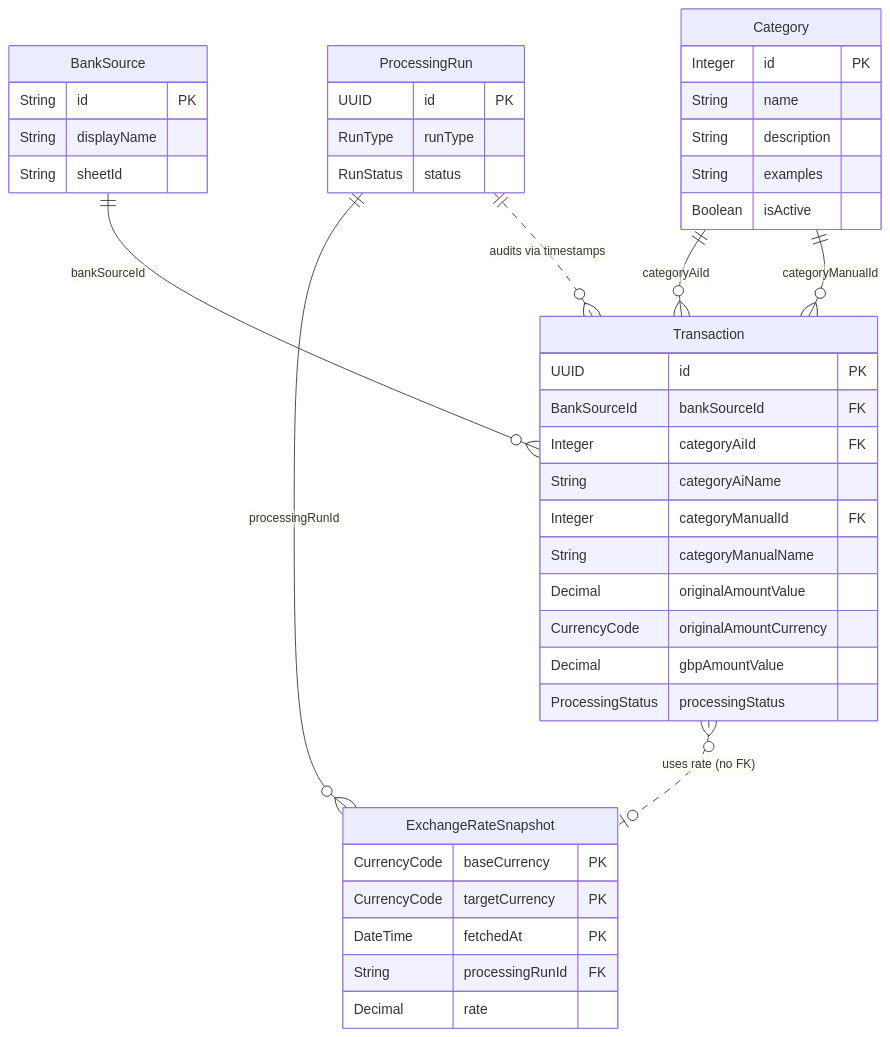
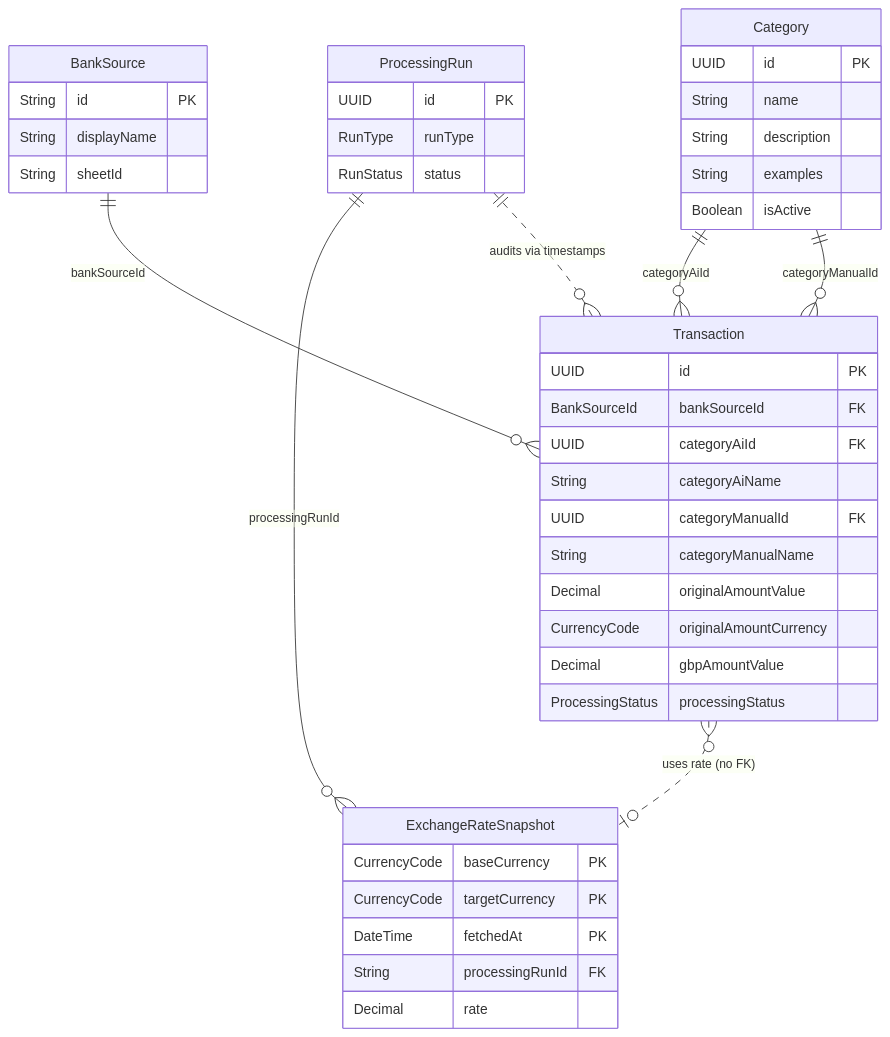
The diagram in docs/aiup/02-elaboration/entity-models.md (tjmgregory/fire), drawn with Mermaid before and after one commit. The commit also changed other lines of this file and 1 other file, not shown here.

````diff
--- a/docs/aiup/02-elaboration/entity-models.md
+++ b/docs/aiup/02-elaboration/entity-models.md
@@ -244,53 +245,53 @@
 ```mermaid
 erDiagram
     %% Direct FK relationships (solid lines)
     BankSource ||--o{ Transaction : "bankSourceId"
     Category ||--o{ Transaction : "categoryAiId"
     Category ||--o{ Transaction : "categoryManualId"
     ProcessingRun ||--o{ ExchangeRateSnapshot : "processingRunId"
 
     %% Indirect relationships (dotted lines)
     ProcessingRun ||..o{ Transaction : "audits via timestamps"
     Transaction }o..o| ExchangeRateSnapshot : "uses rate (no FK)"
 
     BankSource {
         String id PK
         String displayName
         String sheetId
     }
 
     Transaction {
         UUID id PK
         BankSourceId bankSourceId FK
-        Integer categoryAiId FK
+        UUID categoryAiId FK
         String categoryAiName
-        Integer categoryManualId FK
+        UUID categoryManualId FK
         String categoryManualName
         Decimal originalAmountValue
         CurrencyCode originalAmountCurrency
         Decimal gbpAmountValue
         ProcessingStatus processingStatus
     }
 
     Category {
-        Integer id PK
+        UUID id PK
         String name
         String description
         String examples
         Boolean isActive
     }
 
     ExchangeRateSnapshot {
         CurrencyCode baseCurrency PK
         CurrencyCode targetCurrency PK
         DateTime fetchedAt PK
         String processingRunId FK
         Decimal rate
     }
 
     ProcessingRun {
         UUID id PK
         RunType runType
         RunStatus status
     }
 ```
````
